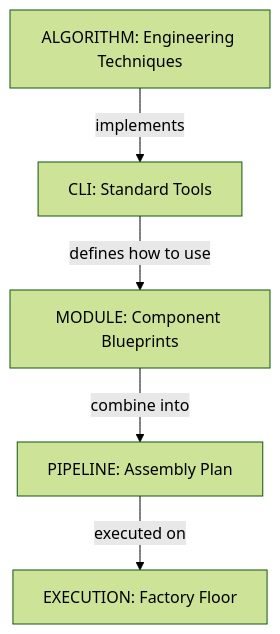
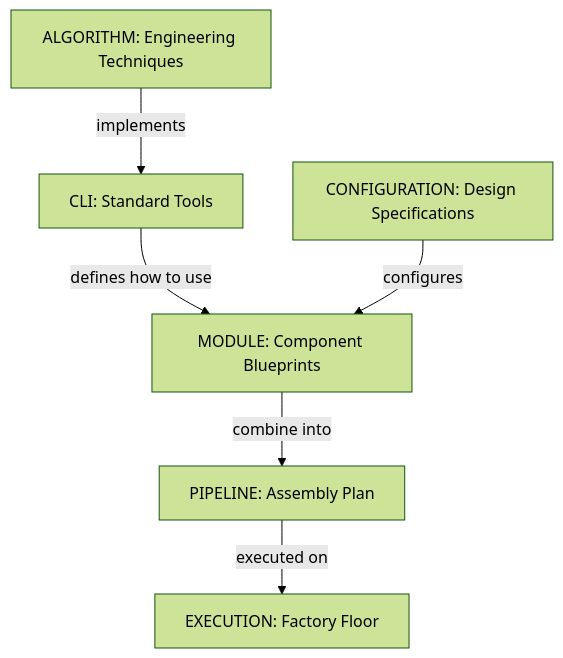
One commit to broadinstitute/starrynight changed the diagram in docs/architecture/07_architecture_for_biologists.md. Above: the diagram before and after it, drawn with Mermaid (forest theme). The commit also changed other lines of this file and 7 other files, not shown here.

First line of the commit message:
docs(starrynight): standardize layer terminology across architecture documentation

````diff
--- a/docs/architecture/07_architecture_for_biologists.md
+++ b/docs/architecture/07_architecture_for_biologists.md
@@ -176,7 +177,8 @@
 ```mermaid
 flowchart TD
     A[ALGORITHM: Engineering Techniques] -->|implements| B[CLI: Standard Tools]
     B -->|defines how to use| C[MODULE: Component Blueprints]
+    F[CONFIGURATION: Design Specifications] -->|configures| C
     C -->|combine into| D[PIPELINE: Assembly Plan]
     D -->|executed on| E[EXECUTION: Factory Floor]
 ```
````
